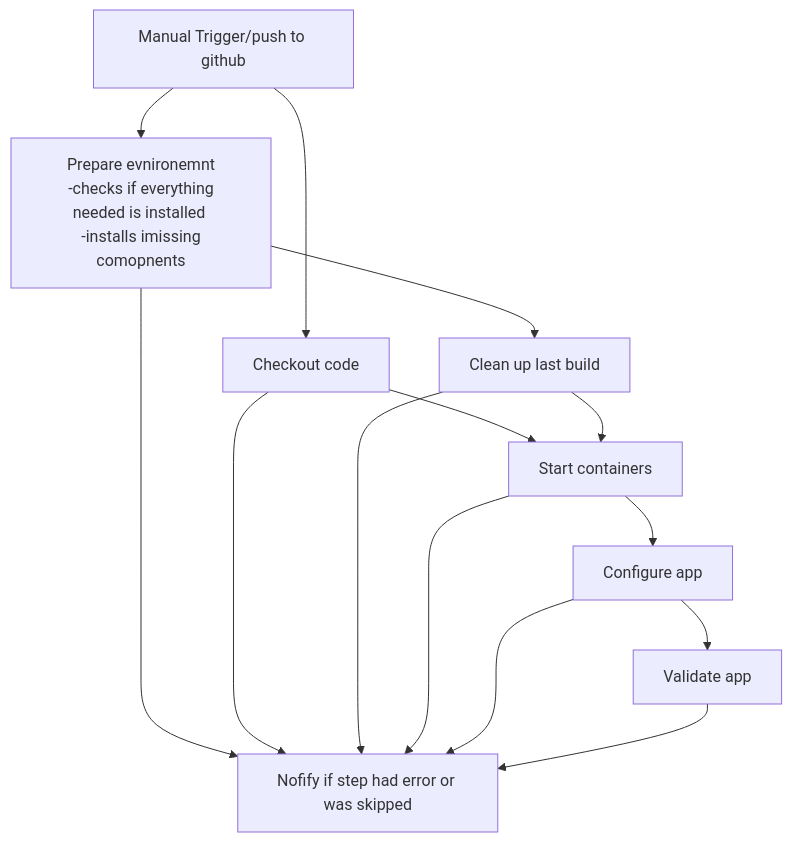
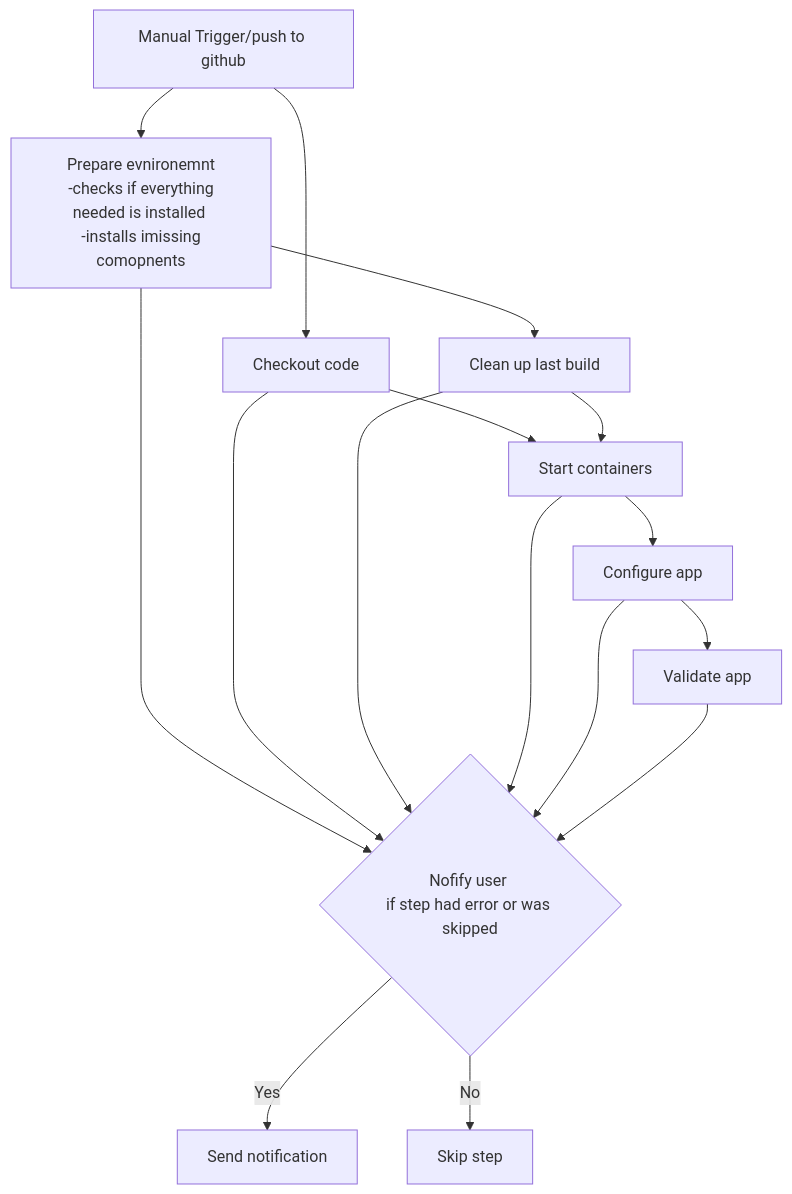
One commit to pazderskipawel/cicd_wp_demo changed the diagram in docs/workflows/main-workflow.md. Above: the diagram before and after it, drawn with Mermaid.

Commit message:
modified diagram

```diff
--- a/docs/workflows/main-workflow.md
+++ b/docs/workflows/main-workflow.md
@@ -9,16 +9,18 @@
 <div class="mermaid">
 flowchart TD
     A[Manual Trigger/push to github] --> B[Prepare evnironemnt</br> -checks if everything needed is installed </br> -installs imissing comopnents]
     A --> C[Checkout code] 
     B --> D[Clean up last build]
     C --> E[Start containers]
     D --> E
     E --> F[Configure app]
     F --> G[Validate app]
-    B --> H[Nofify if step had error or was skipped]
+    B --> H{Nofify user <br>if step had error or was skipped}
     C --> H
     D --> H
     E --> H
     F --> H
     G --> H
+    H -->|Yes| I[Send notification]
+    H -->|No| J[Skip step]
 </div>
```
